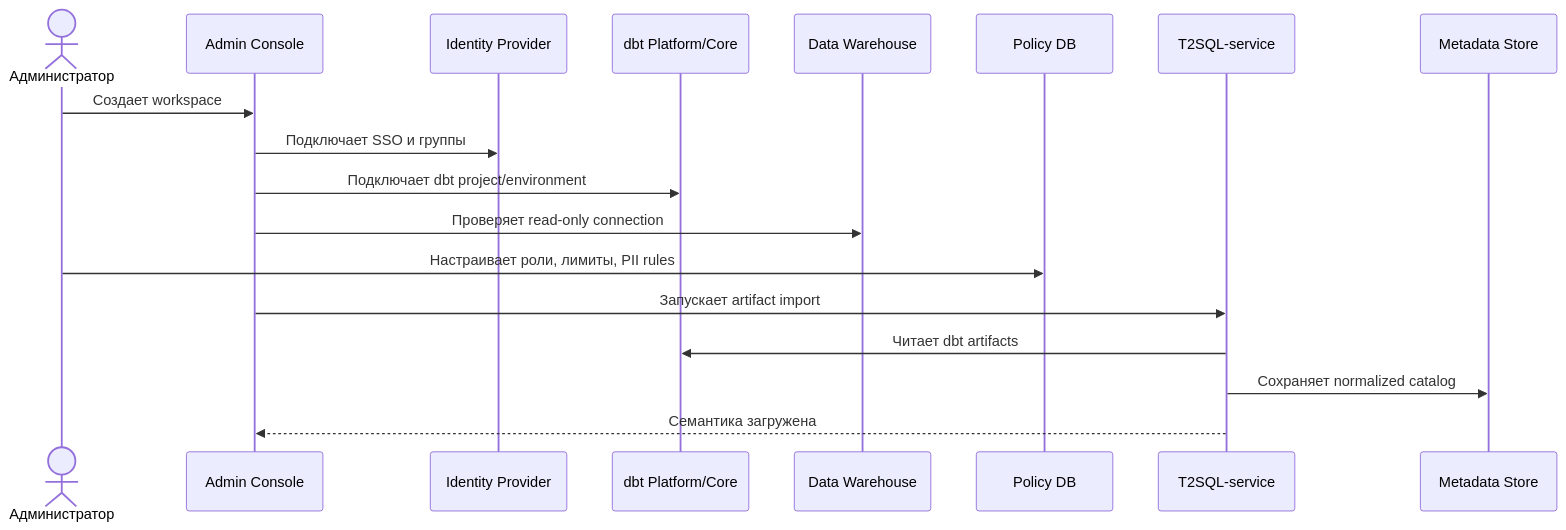
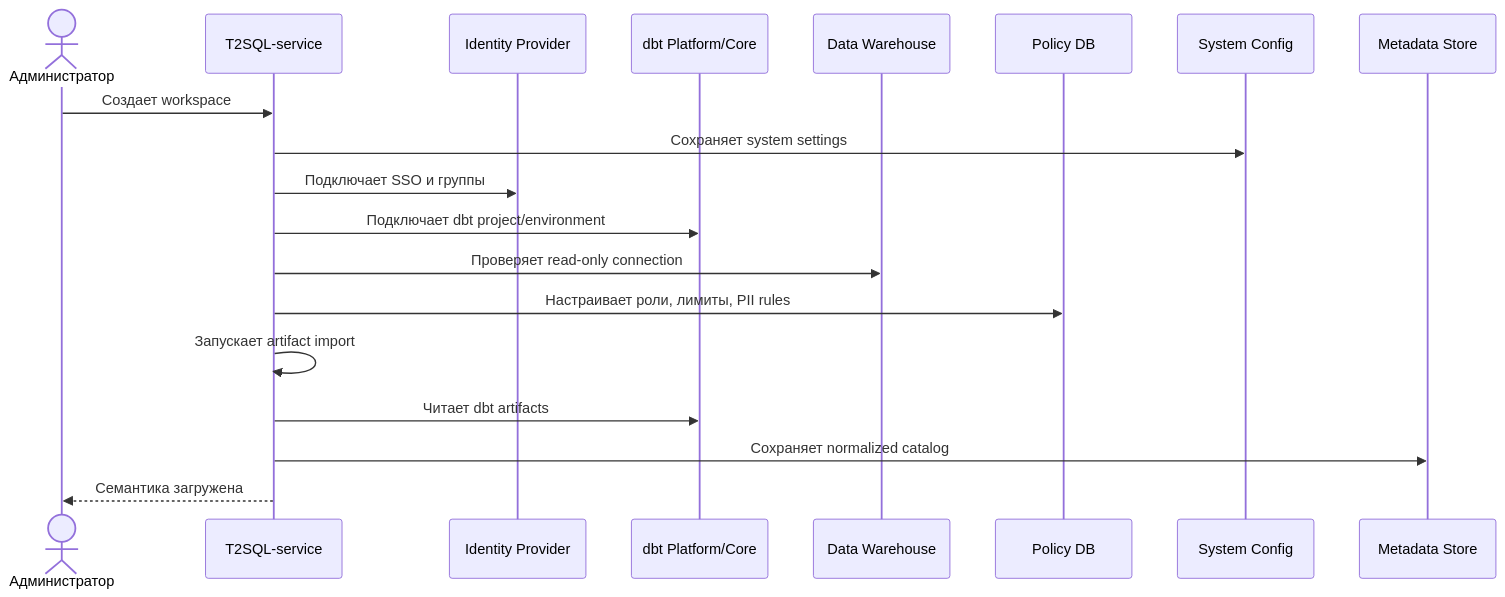
One commit to MikeYu123/texttosql changed the first of 7 diagrams in docs/integration-scenarios.md. Above: the diagram before and after it, drawn with Mermaid. The commit also changed other lines of this file and 1 other file, not shown here.

Commit message:
Refactor docs to route admin actions through T2SQL

````diff
--- a/docs/integration-scenarios.md
+++ b/docs/integration-scenarios.md
@@ -7,21 +7,22 @@
 ```mermaid
 sequenceDiagram
     actor Admin as Администратор
-    participant Console as Admin Console
+    participant T2SQL as T2SQL-service
     participant IdP as Identity Provider
     participant dbt as dbt Platform/Core
     participant DWH as Data Warehouse
     participant PolicyDB as Policy DB
-    participant T2SQL as T2SQL-service
+    participant Config as System Config
     participant Metadata as Metadata Store
 
-    Admin->>Console: Создает workspace
-    Console->>IdP: Подключает SSO и группы
-    Console->>dbt: Подключает dbt project/environment
-    Console->>DWH: Проверяет read-only connection
-    Admin->>PolicyDB: Настраивает роли, лимиты, PII rules
-    Console->>T2SQL: Запускает artifact import
+    Admin->>T2SQL: Создает workspace
+    T2SQL->>Config: Сохраняет system settings
+    T2SQL->>IdP: Подключает SSO и группы
+    T2SQL->>dbt: Подключает dbt project/environment
+    T2SQL->>DWH: Проверяет read-only connection
+    T2SQL->>PolicyDB: Настраивает роли, лимиты, PII rules
+    T2SQL->>T2SQL: Запускает artifact import
     T2SQL->>dbt: Читает dbt artifacts
     T2SQL->>Metadata: Сохраняет normalized catalog
-    T2SQL-->>Console: Семантика загружена
+    T2SQL-->>Admin: Семантика загружена
 ```
````
